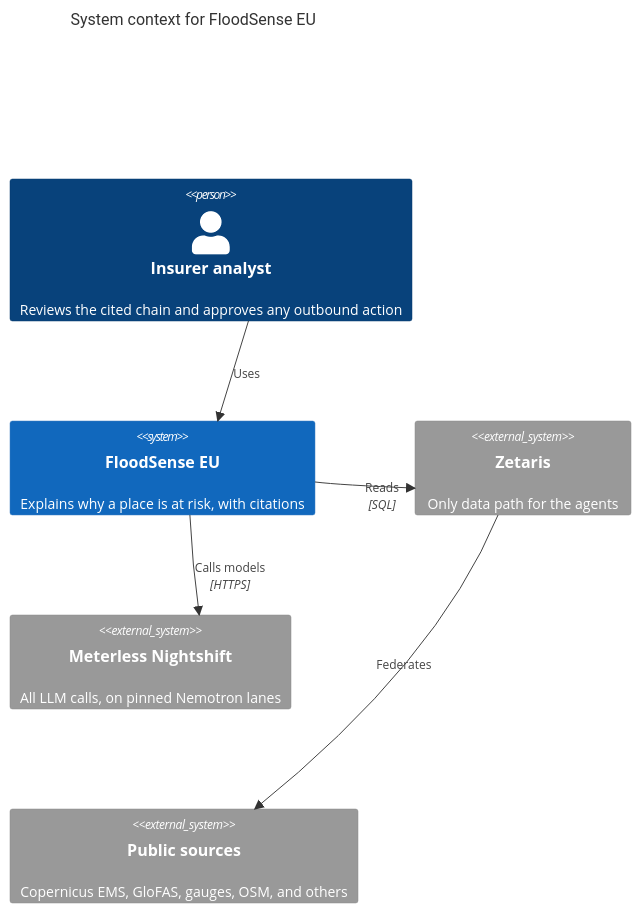
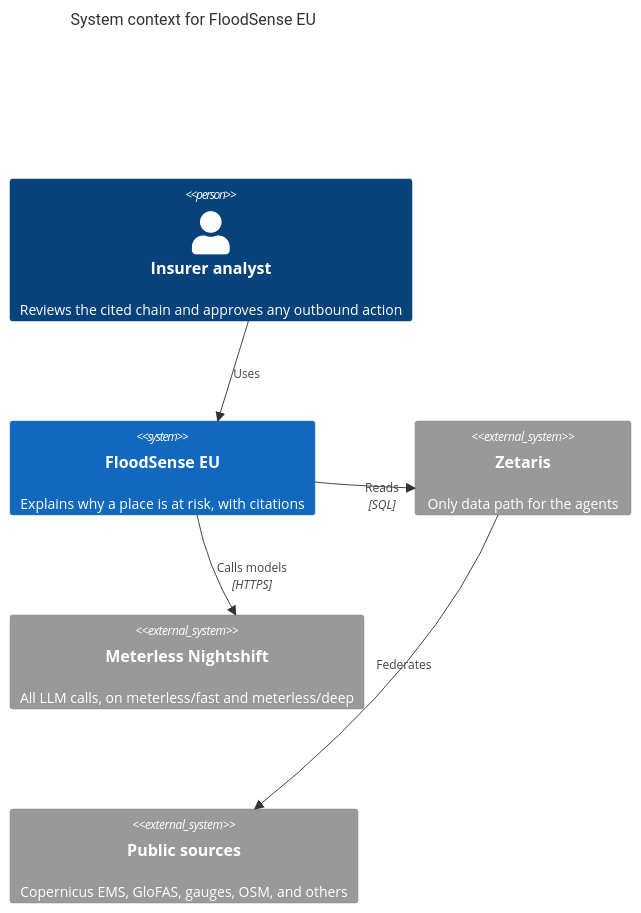
Before and after one commit to GenAI-Open-Agent-Hackathon/FloodSenseEU-Hackathon-Monorepo: the first of 3 diagrams in docs/architecture/c4.md, drawn with Mermaid. The commit also changed other lines of this file and 3 other files, not shown here.

First line of the commit message:
docs: pin lanes to meterless/fast and meterless/deep

````diff
--- a/docs/architecture/c4.md
+++ b/docs/architecture/c4.md
@@ -18,17 +18,17 @@
 ```mermaid
 C4Context
 title System context for FloodSense EU
 
 Person(analyst, "Insurer analyst", "Reviews the cited chain and approves any outbound action")
 
 System(floodsense, "FloodSense EU", "Explains why a place is at risk, with citations")
 
 System_Ext(zetaris, "Zetaris", "Only data path for the agents")
-System_Ext(nightshift, "Meterless Nightshift", "All LLM calls, on pinned Nemotron lanes")
+System_Ext(nightshift, "Meterless Nightshift", "All LLM calls, on meterless/fast and meterless/deep")
 System_Ext(sources, "Public sources", "Copernicus EMS, GloFAS, gauges, OSM, and others")
 
 Rel(analyst, floodsense, "Uses")
 Rel(floodsense, zetaris, "Reads", "SQL")
 Rel(floodsense, nightshift, "Calls models", "HTTPS")
 Rel(zetaris, sources, "Federates")
 ```
````
